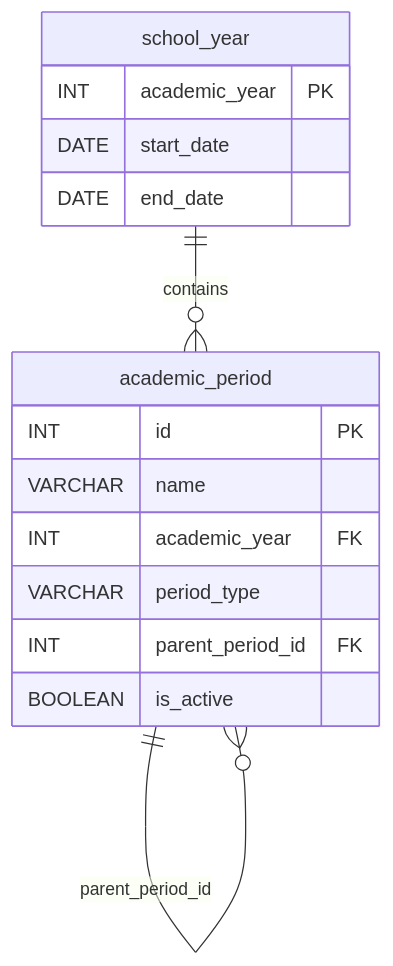
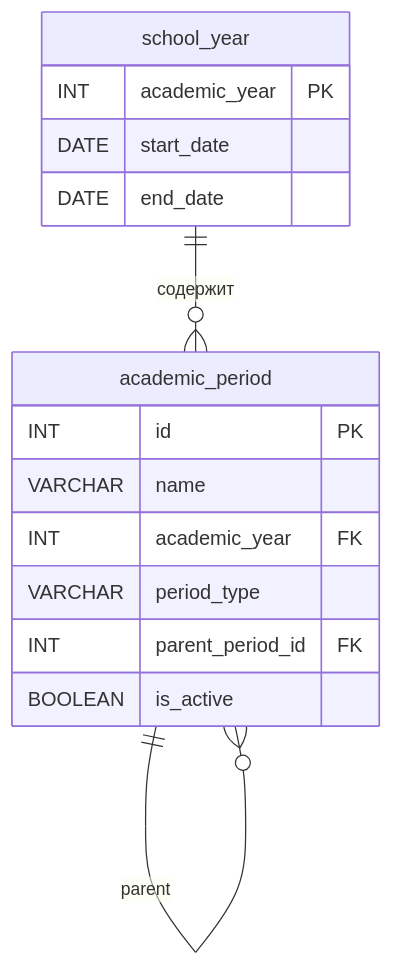
The diagram in S20/doc.md (YuriSilenok/KPK_UP2_24-1P11), drawn with Mermaid before and after one commit.

````diff
--- a/S20/doc.md
+++ b/S20/doc.md
@@ -117,20 +117,20 @@
 ```mermaid
 erDiagram
     school_year {
         INT academic_year PK
         DATE start_date
         DATE end_date
     }
 
     academic_period {
         INT id PK
         VARCHAR name
         INT academic_year FK
         VARCHAR period_type
         INT parent_period_id FK
         BOOLEAN is_active
     }
 
-    school_year ||--o{ academic_period : "contains"
-    academic_period ||--o{ academic_period : "parent_period_id"
+    school_year ||--o{ academic_period : "содержит"
+    academic_period ||--o{ academic_period : "parent"
 ```
````
